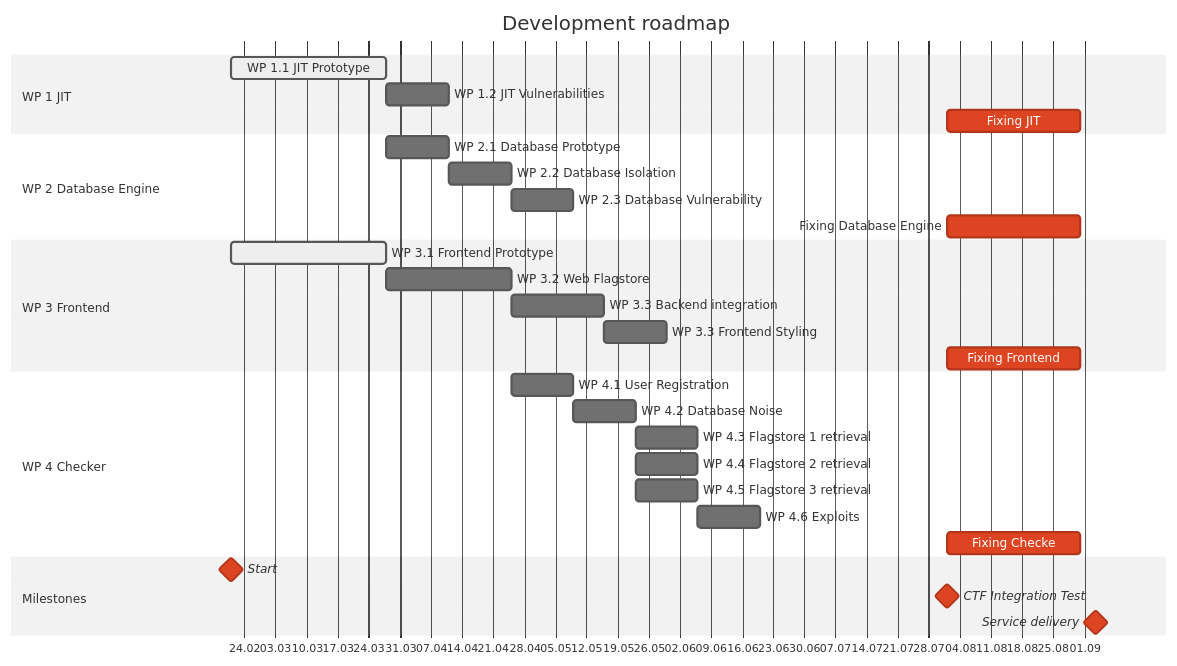
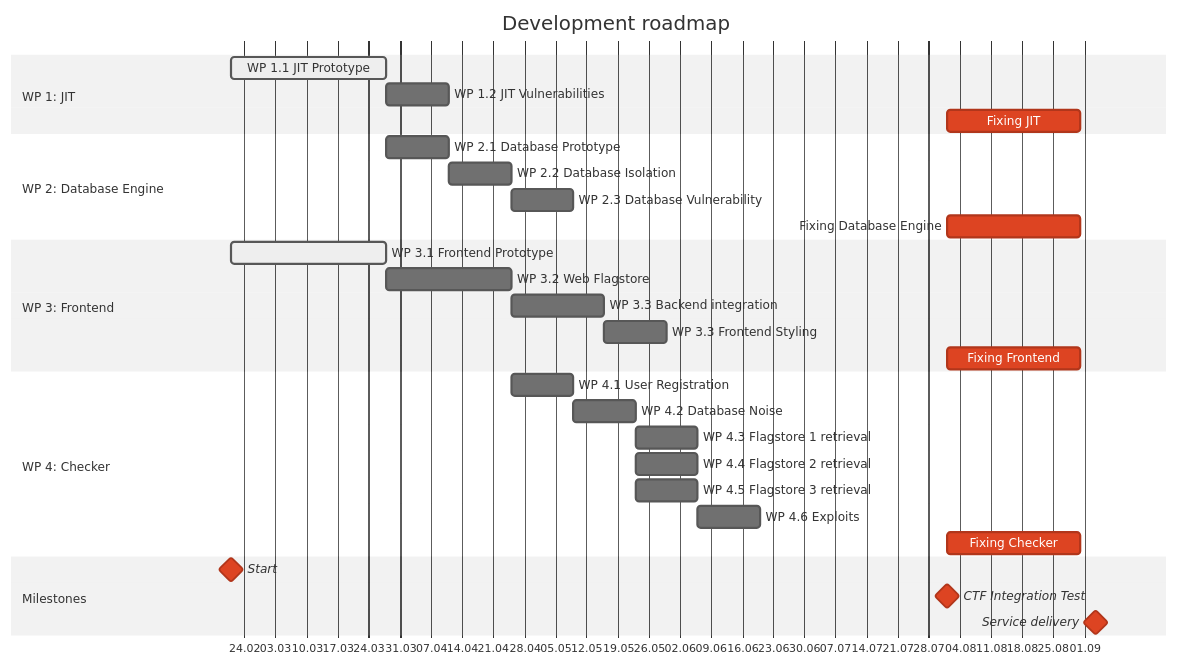
One commit to itsme-zeix/ecsc2025-service-Jitterish changed the diagram in README.md. Above: the diagram before and after it, drawn with Mermaid. The commit also changed other lines of this file, not shown here.

````diff
--- a/README.md
+++ b/README.md
@@ -221,46 +221,46 @@
 ```mermaid
 %%{
     init: {
         'themeCSS': 'rect[id^=mkb_].task { fill: #c1e0ea; } rect[id^=singlechar_].task { fill: #fffe95; } rect[id^=both_].task { fill: #c1df89; } rect[class*=active] { stroke-width: 3; } rect[class*=milestone][class*=crit] { fill: #f99e8a; } rect[class*=done] { stroke: #888 !important; } text[class*=doneText] { fill: #888 !important; } text[class*=activeText] { animation: blinker 1s linear infinite; font-weight: bold } @keyframes blinker { 50% { opacity: 0.2; } } text[class*=critText]:not([class*=milestoneText], [class*=doneText]) { fill: #fff !important; } text { fill: #222 !important; } .titleText { font-size: 1.5em; }',
         'gantt': {
             'leftPadding': 200,
             'rightPadding': 100
         },
         'theme': 'neutral'
     }
 }%%
 gantt
   title Development roadmap
     dateFormat YYYY-MM-DD
     axisFormat %d.%m
     tickInterval 1week
     weekday monday
     todayMarker on
-    section WP 1 JIT
+    section WP 1: JIT
         WP 1.1 JIT Prototype                        :active, mkb_wp11, after start, 35d
         WP 1.2 JIT Vulnerabilities                  :mkb_wp12, after mkb_wp11, 14d
         Fixing JIT                                  :crit, after ctftest, until end
-    section WP 2 Database Engine
+    section WP 2: Database Engine
         WP 2.1 Database Prototype                   :mkb_wp21, after mkb_wp11, 14d
         WP 2.2 Database Isolation                   :mkb_wp22, after mkb_wp21, 14d
         WP 2.3 Database Vulnerability               :mkb_wp23, after mkb_wp22, 14d
         Fixing Database Engine                      :crit, after ctftest, until end
-    section WP 3 Frontend
+    section WP 3: Frontend
         WP 3.1 Frontend Prototype                   :active, singlechar_wp31, after start, 35d
         WP 3.2 Web Flagstore                        :singlechar_wp32, after singlechar_wp31, 28d
         WP 3.3 Backend integration                  :singlechar_wp33, after singlechar_wp32 mkb_wp21 mkb_wp11, 21d
         WP 3.3 Frontend Styling                     :singlechar_wp34, after singlechar_wp33, 14d
         Fixing Frontend                             :crit, after ctftest, until end
-    section WP 4 Checker
+    section WP 4: Checker
         WP 4.1 User Registration                    :both_wp41, after mkb_wp13 mkb_wp22, 14d
         WP 4.2 Database Noise                       :both_wp42, after both_wp41, 14d
         WP 4.3 Flagstore 1 retrieval                :both_wp43, after both_wp42, 14d
         WP 4.4 Flagstore 2 retrieval                :both_wp44, after both_wp42, 14d
         WP 4.5 Flagstore 3 retrieval                :both_wp45, after both_wp42, 14d
         WP 4.6 Exploits                             :both_wp46, after both_wp45, 14d
-        Fixing Checke                               :crit, after ctftest, until end
+        Fixing Checker                              :crit, after ctftest, until end
     section Milestones
         Start                                       :milestone, crit, start, 2025-02-21, 0d
         CTF Integration Test                        :milestone, crit, ctftest, 2025-08-01, 0d
         Service delivery                            :milestone, crit, end, 2025-08-31, 7d
 ```
````
